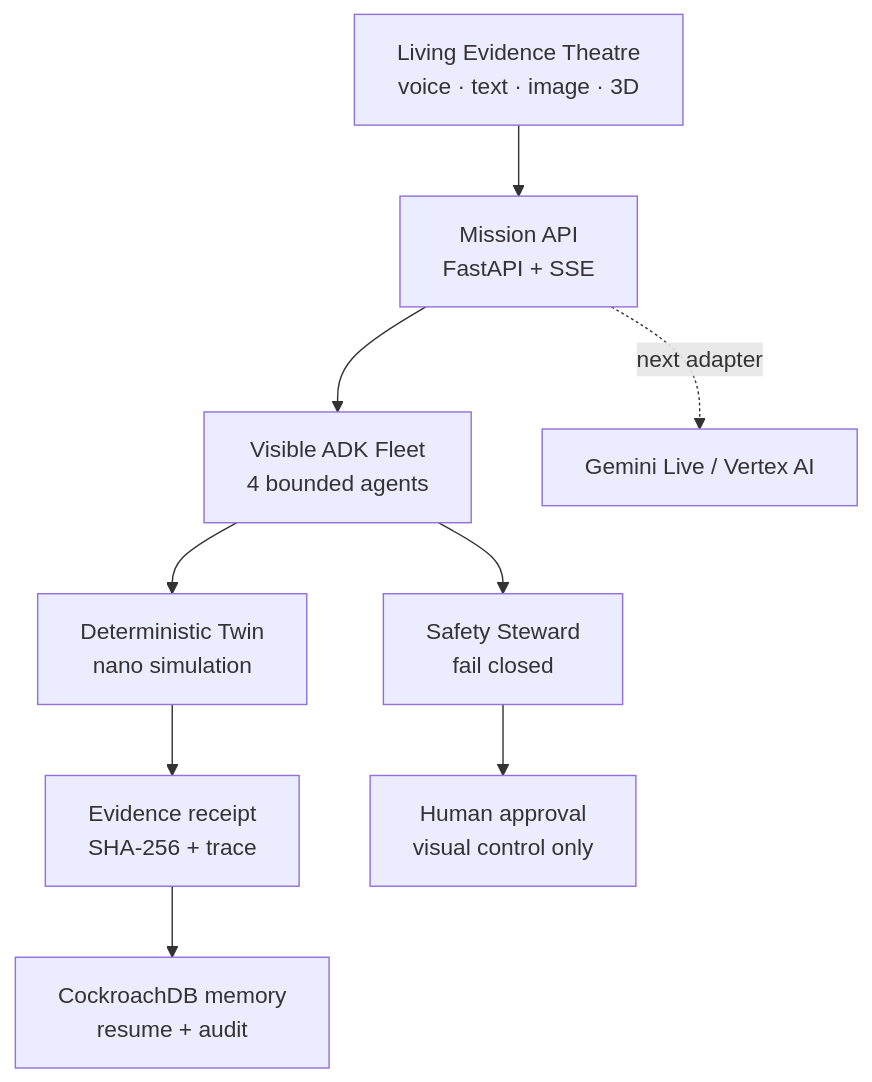
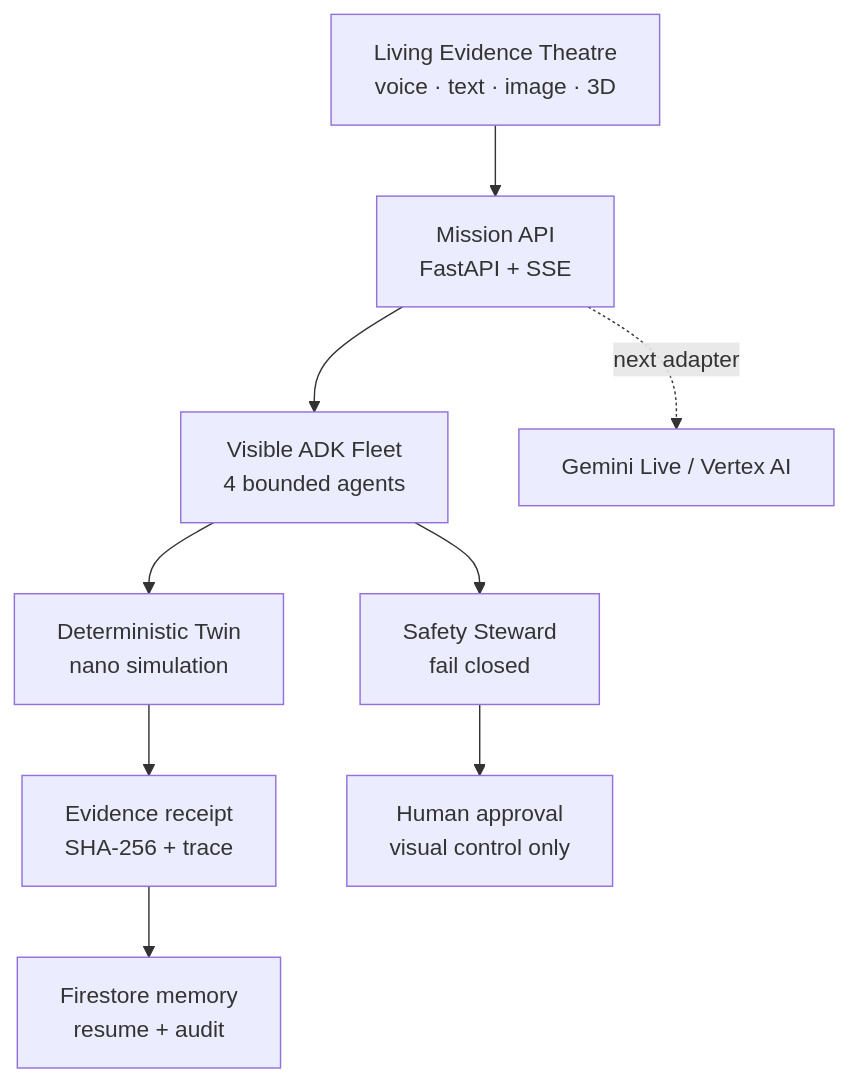
One commit to abhitorch81/oncotwin-sentinel changed the diagram in README.md. Above: the diagram before and after it, drawn with Mermaid. The commit also changed other lines of this file and 16 other files, not shown here.

Commit message:
feat: add persistent Firestore mission memory

````diff
--- a/README.md
+++ b/README.md
@@ -32,11 +36,11 @@
 ```mermaid
 flowchart TD
   UX["Living Evidence Theatre<br/>voice · text · image · 3D"] --> API["Mission API<br/>FastAPI + SSE"]
   API --> FLEET["Visible ADK Fleet<br/>4 bounded agents"]
   FLEET --> SIM["Deterministic Twin<br/>nano simulation"]
   FLEET --> SAFE["Safety Steward<br/>fail closed"]
   SIM --> RECEIPT["Evidence receipt<br/>SHA-256 + trace"]
   SAFE --> HUMAN["Human approval<br/>visual control only"]
-  RECEIPT --> MEMORY["CockroachDB memory<br/>resume + audit"]
+  RECEIPT --> MEMORY["Firestore memory<br/>resume + audit"]
   API -. "next adapter" .-> GEMINI["Gemini Live / Vertex AI"]
 ```
````
